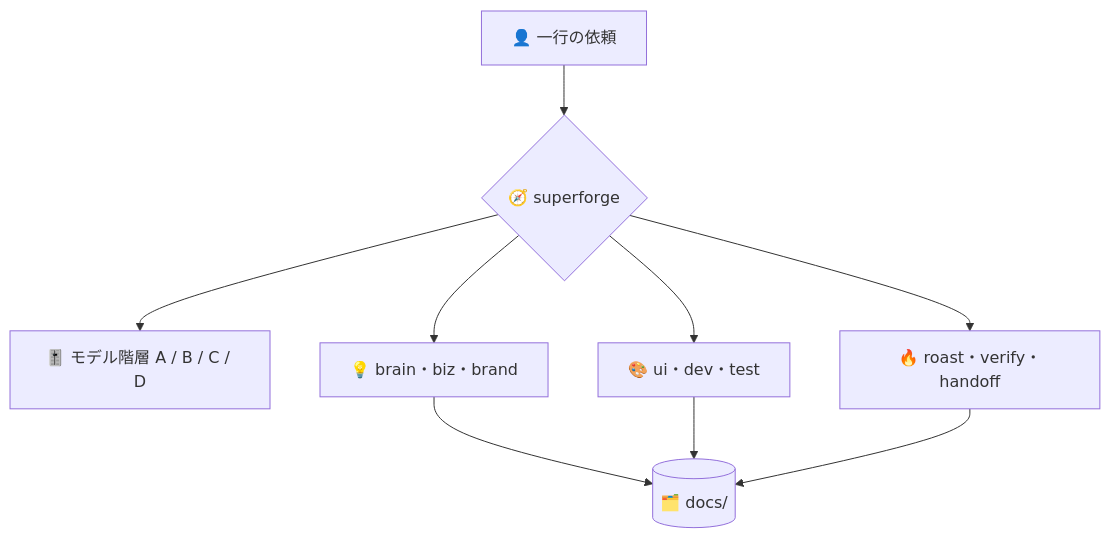
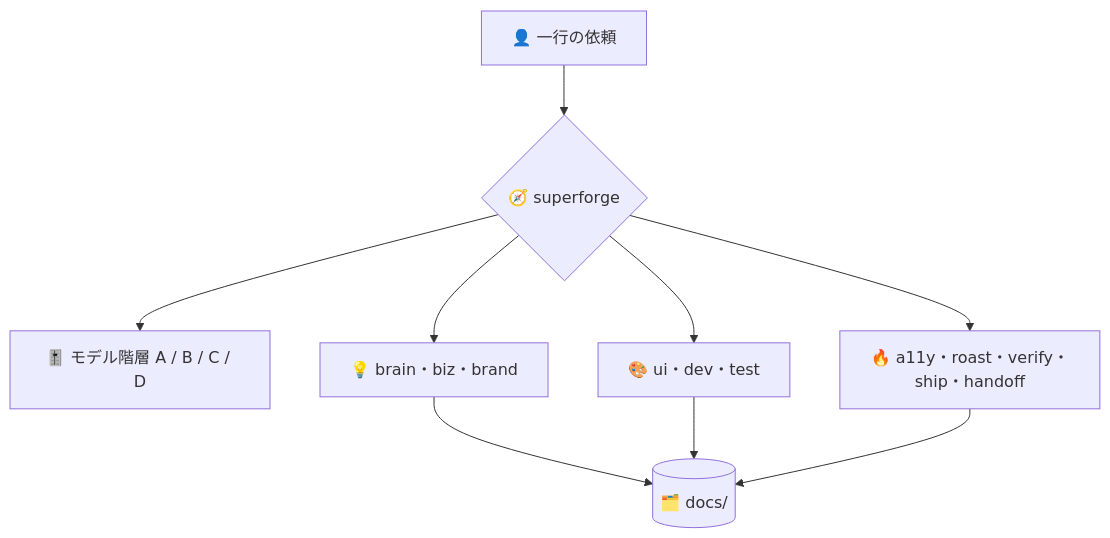
Before and after one commit to takaoumehara/superforge-skill: the diagram in skills/superforge/README.ja.md, drawn with Mermaid. The commit also changed other lines of this file and 92 other files, not shown here.

````diff
--- a/skills/superforge/README.ja.md
+++ b/skills/superforge/README.ja.md
@@ -23,11 +23,11 @@
 ```mermaid
 flowchart TD
     U[👤 一行の依頼] --> R{🧭 superforge}
     R --> T[🎚️ モデル階層 A / B / C / D]
     R --> S1[💡 brain・biz・brand]
     R --> S2[🎨 ui・dev・test]
-    R --> S3[🔥 roast・verify・handoff]
+    R --> S3[🔥 a11y・roast・verify・ship・handoff]
     S1 --> D[(🗂️ docs/)]
     S2 --> D
     S3 --> D
 ```
````
